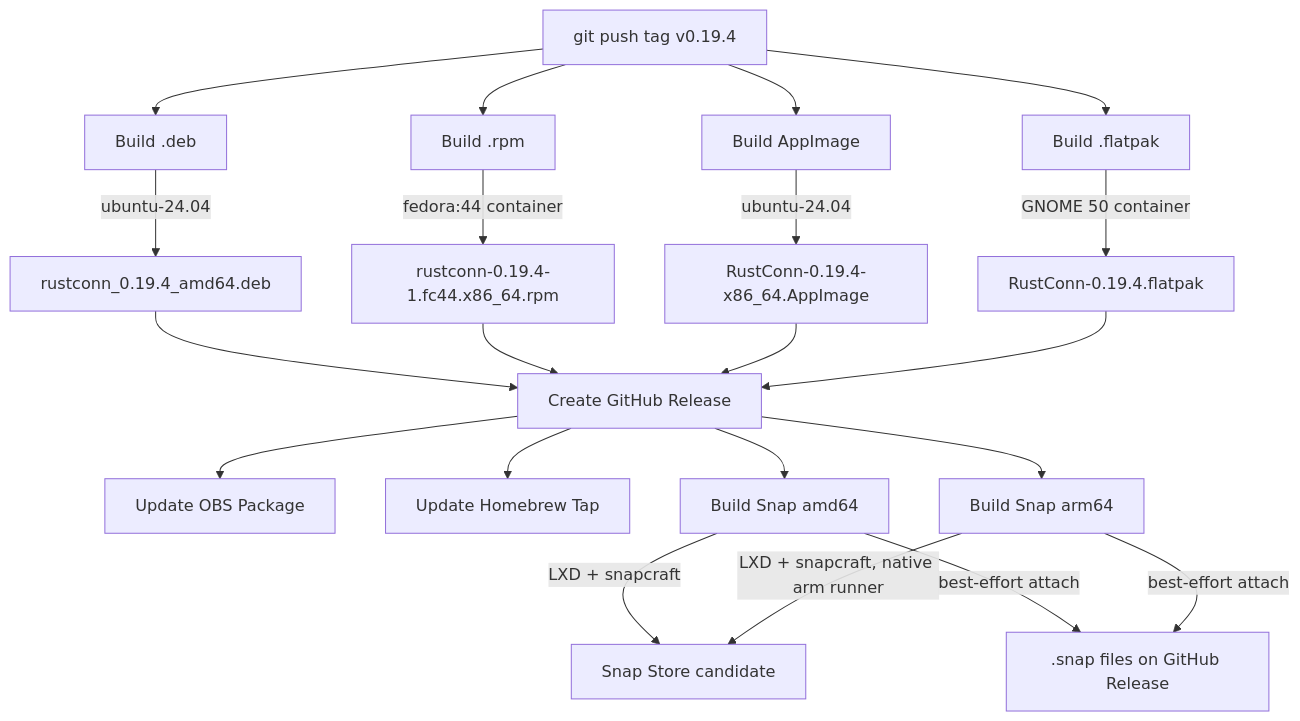
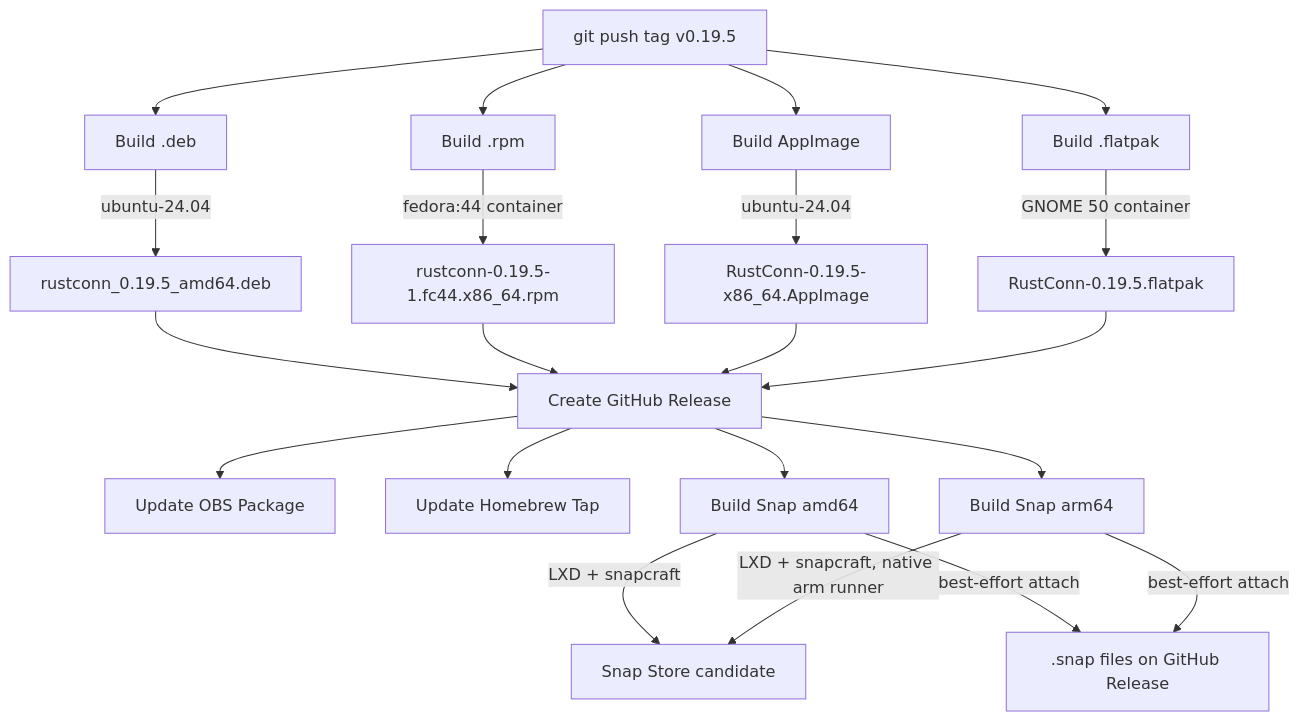
One commit to philclifford/RustConn changed the third of 6 diagrams in docs/CI_BUILD_FLOW.md. Above: the diagram before and after it, drawn with Mermaid. The commit also changed other lines of this file and 58 other files, not shown here.

````diff
--- a/docs/CI_BUILD_FLOW.md
+++ b/docs/CI_BUILD_FLOW.md
@@ -67,26 +67,26 @@
 ```mermaid
 graph TD
-    Tag[git push tag v0.19.4] --> BuildDeb[Build .deb]
+    Tag[git push tag v0.19.5] --> BuildDeb[Build .deb]
     Tag --> BuildRPM[Build .rpm]
     Tag --> BuildAppImage[Build AppImage]
     Tag --> BuildFlatpak[Build .flatpak]
 
-    BuildDeb --> |ubuntu-24.04| DebArtifact[rustconn_0.19.4_amd64.deb]
-    BuildRPM --> |fedora:44 container| RPMArtifact[rustconn-0.19.4-1.fc44.x86_64.rpm]
-    BuildAppImage --> |ubuntu-24.04| AppImageArtifact[RustConn-0.19.4-x86_64.AppImage]
-    BuildFlatpak --> |GNOME 50 container| FlatpakArtifact[RustConn-0.19.4.flatpak]
+    BuildDeb --> |ubuntu-24.04| DebArtifact[rustconn_0.19.5_amd64.deb]
+    BuildRPM --> |fedora:44 container| RPMArtifact[rustconn-0.19.5-1.fc44.x86_64.rpm]
+    BuildAppImage --> |ubuntu-24.04| AppImageArtifact[RustConn-0.19.5-x86_64.AppImage]
+    BuildFlatpak --> |GNOME 50 container| FlatpakArtifact[RustConn-0.19.5.flatpak]
 
     DebArtifact --> Release[Create GitHub Release]
     RPMArtifact --> Release
     AppImageArtifact --> Release
     FlatpakArtifact --> Release
 
     Release --> UpdateOBS[Update OBS Package]
     Release --> Brew[Update Homebrew Tap]
     Release --> SnapAmd64[Build Snap amd64]
     Release --> SnapArm64[Build Snap arm64]
     SnapAmd64 --> |LXD + snapcraft| SnapStore[Snap Store candidate]
     SnapArm64 --> |LXD + snapcraft, native arm runner| SnapStore
     SnapAmd64 --> |best-effort attach| SnapAsset[.snap files on GitHub Release]
     SnapArm64 --> |best-effort attach| SnapAsset
 ```
````
